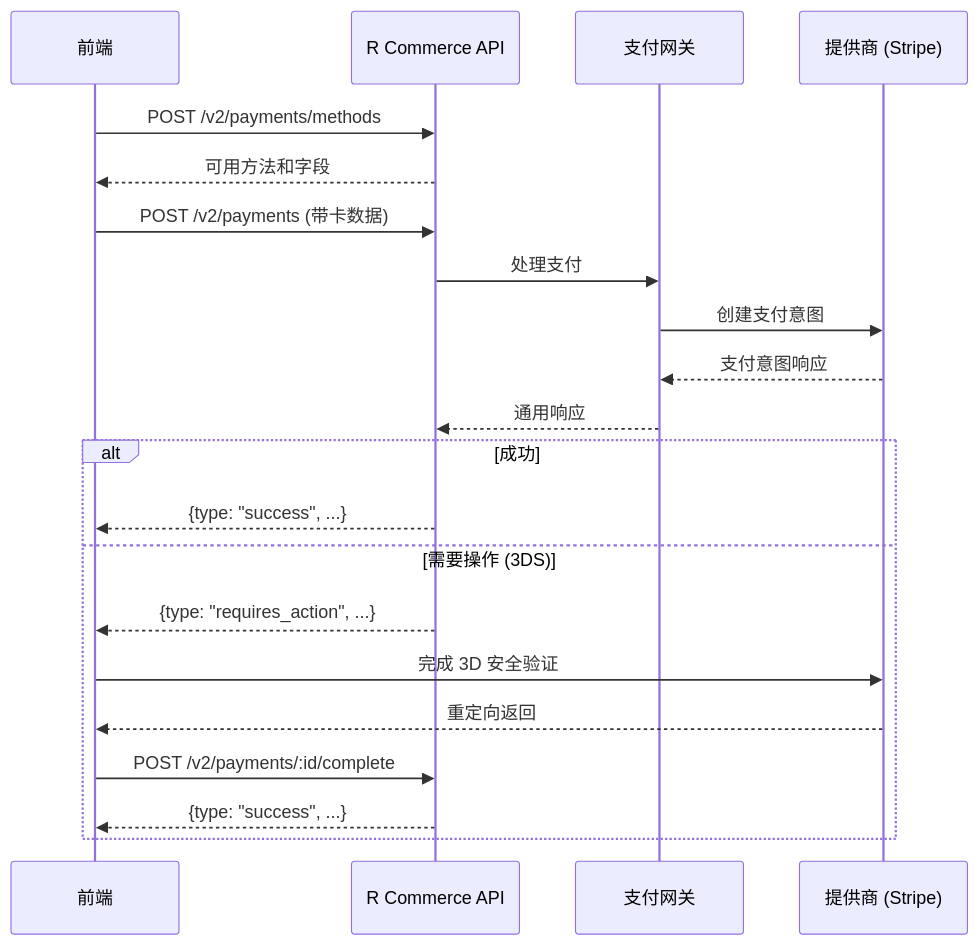
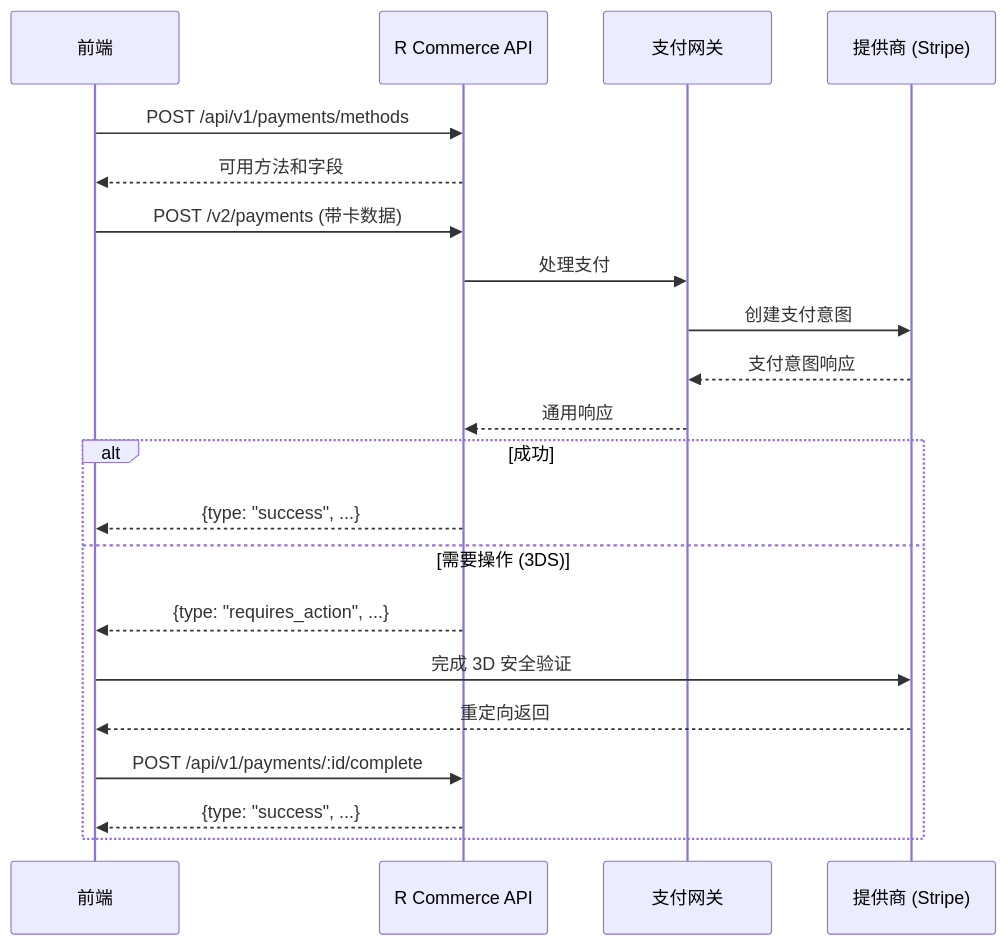
The diagram in docs-website/docs/api-reference/payments.zh.md (creativebastard/rcommerce), drawn with Mermaid before and after one commit. The commit also changed other lines of this file and 6 other files, not shown here.

First line of the commit message:
docs: Fix incorrect API version in payments documentation

````diff
--- a/docs-website/docs/api-reference/payments.zh.md
+++ b/docs-website/docs/api-reference/payments.zh.md
@@ -31,26 +31,26 @@
 ```mermaid
 sequenceDiagram
     participant F as 前端
     participant A as R Commerce API
     participant G as 支付网关
     participant P as 提供商 (Stripe)
     
-    F->>A: POST /v2/payments/methods
+    F->>A: POST /api/v1/payments/methods
     A-->>F: 可用方法和字段
     
     F->>A: POST /v2/payments (带卡数据)
     A->>G: 处理支付
     G->>P: 创建支付意图
     P-->>G: 支付意图响应
     G-->>A: 通用响应
     
     alt 成功
         A-->>F: {type: "success", ...}
     else 需要操作 (3DS)
         A-->>F: {type: "requires_action", ...}
         F->>P: 完成 3D 安全验证
         P-->>F: 重定向返回
-        F->>A: POST /v2/payments/:id/complete
+        F->>A: POST /api/v1/payments/:id/complete
         A-->>F: {type: "success", ...}
     end
 ```
````
